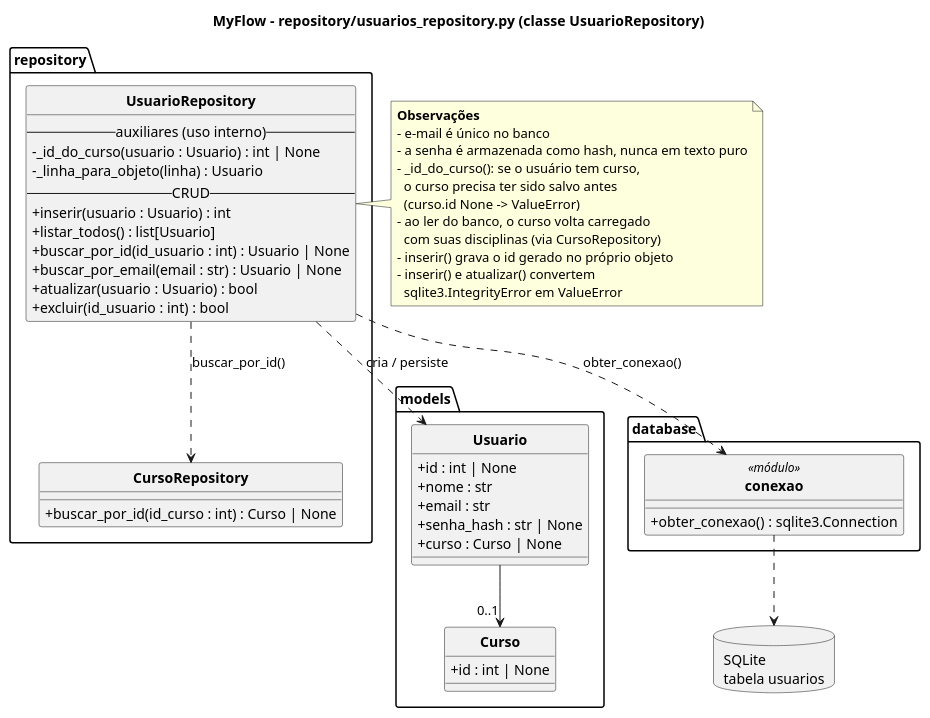
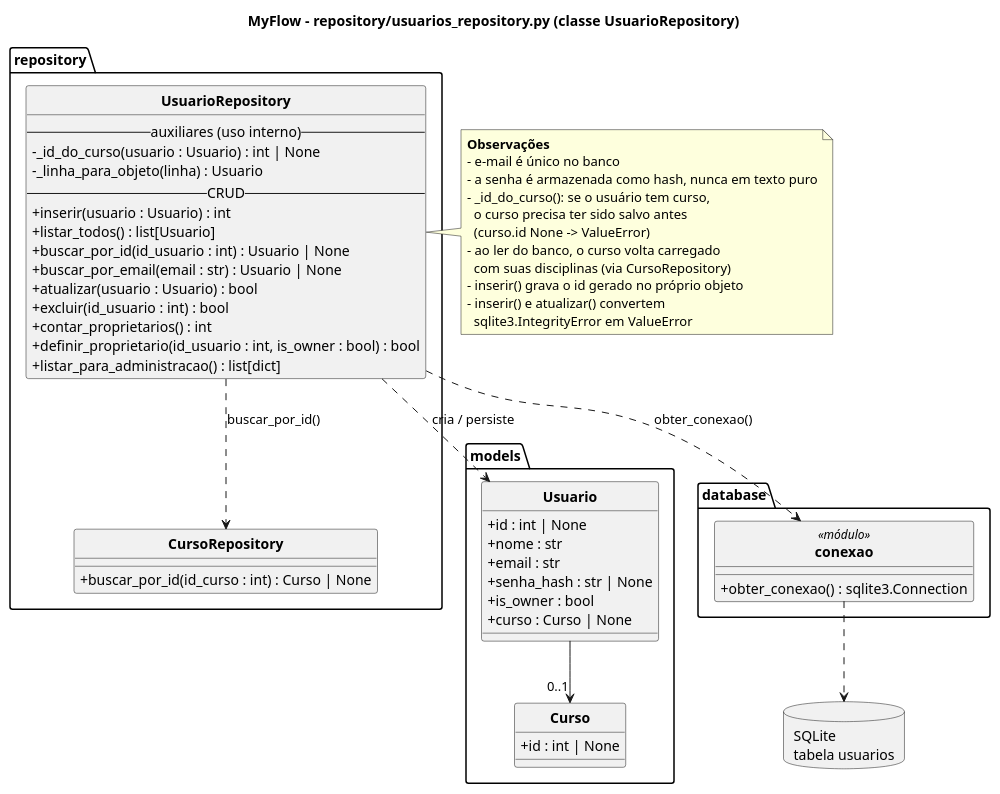
Before and after one commit to nicholasmichelon/project-myflow: the diagram in uml/classes/06_repository_usuarios.puml, drawn with PlantUML. The commit also changed 135 other files, not shown here.

```diff
--- a/uml/classes/06_repository_usuarios.puml
+++ b/uml/classes/06_repository_usuarios.puml
@@ -1,71 +1,75 @@
 @startuml 06_repository_usuarios
 ' MyFlow - repository/usuarios_repository.py
 title MyFlow - repository/usuarios_repository.py (classe UsuarioRepository)
 
 allowmixing
 skinparam classAttributeIconSize 0
 skinparam shadowing false
 skinparam classFontStyle bold
 hide circle
 
 package "repository" {
   class UsuarioRepository {
     -- auxiliares (uso interno) --
     -_id_do_curso(usuario : Usuario) : int | None
     -_linha_para_objeto(linha) : Usuario
     -- CRUD --
     +inserir(usuario : Usuario) : int
     +listar_todos() : list[Usuario]
     +buscar_por_id(id_usuario : int) : Usuario | None
     +buscar_por_email(email : str) : Usuario | None
     +atualizar(usuario : Usuario) : bool
     +excluir(id_usuario : int) : bool
+    +contar_proprietarios() : int
+    +definir_proprietario(id_usuario : int, is_owner : bool) : bool
+    +listar_para_administracao() : list[dict]
   }
 
   class CursoRepository {
     +buscar_por_id(id_curso : int) : Curso | None
   }
 }
 
 package "models" {
   class Usuario {
     +id : int | None
     +nome : str
     +email : str
     +senha_hash : str | None
+    +is_owner : bool
     +curso : Curso | None
   }
   class Curso {
     +id : int | None
   }
   Usuario --> "0..1" Curso
 }
 
 package "database" {
   class conexao <<módulo>> {
     +obter_conexao() : sqlite3.Connection
   }
 }
 
 database "SQLite\ntabela usuarios" as db
 
 UsuarioRepository ..> Usuario : cria / persiste
 UsuarioRepository ..> CursoRepository : buscar_por_id()
 UsuarioRepository ..> conexao : obter_conexao()
 conexao ..> db
 
 note right of UsuarioRepository
   <b>Observações</b>
   - e-mail é único no banco
   - a senha é armazenada como hash, nunca em texto puro
   - _id_do_curso(): se o usuário tem curso,
     o curso precisa ter sido salvo antes
     (curso.id None -> ValueError)
   - ao ler do banco, o curso volta carregado
     com suas disciplinas (via CursoRepository)
   - inserir() grava o id gerado no próprio objeto
   - inserir() e atualizar() convertem
     sqlite3.IntegrityError em ValueError
 end note
 
 @enduml
```
